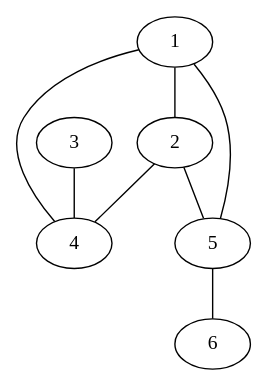
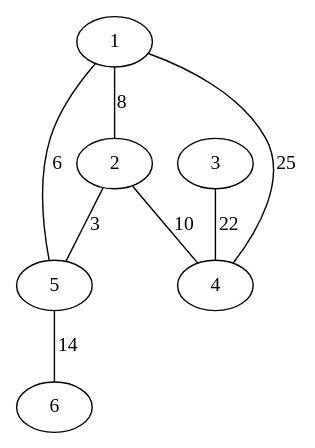
The diagram in saida.dot (pedrobellotti/trabalhoGrafos), drawn with Graphviz before and after one commit. The commit also changed 6 other files, not shown here.

```diff
--- a/saida.dot
+++ b/saida.dot
@@ -1,9 +1,9 @@
 graph {
-1 -- 2;
-1 -- 4;
-1 -- 5;
-2 -- 4;
-2 -- 5;
-3 -- 4;
-5 -- 6;
+1 -- 2[label=8];
+1 -- 4[label=25];
+1 -- 5[label=6];
+2 -- 4[label=10];
+2 -- 5[label=3];
+3 -- 4[label=22];
+5 -- 6[label=14];
 }
```
